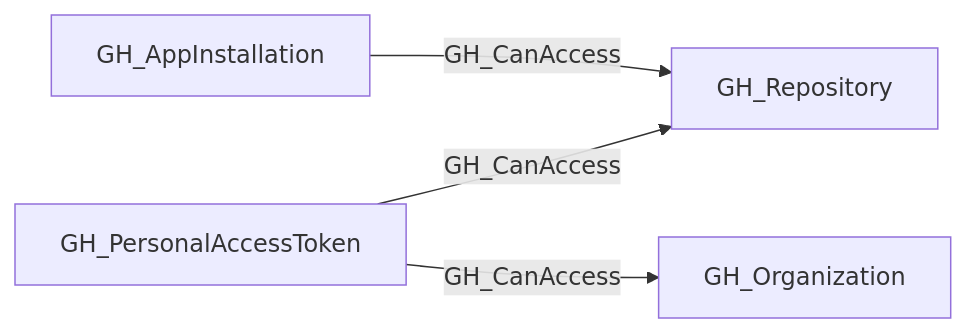
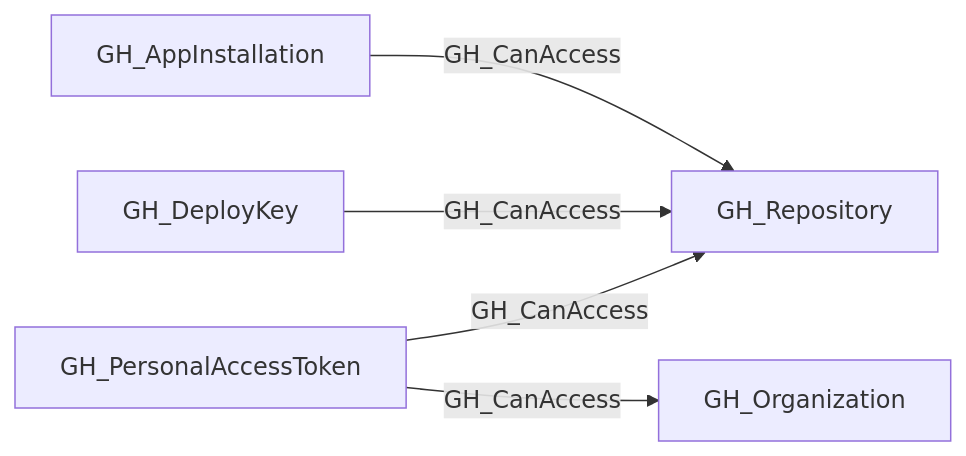
The first of 2 diagrams in docs/opengraph/extensions/github/edges/gh_canaccess.mdx (SpecterOps/bloodhound-docs), drawn with Mermaid before and after one commit. The commit also changed other lines of this file and 33 other files, not shown here.

````diff
--- a/docs/opengraph/extensions/github/edges/gh_canaccess.mdx
+++ b/docs/opengraph/extensions/github/edges/gh_canaccess.mdx
@@ -18,10 +19,12 @@
 ```mermaid
 flowchart LR
     GH_AppInstallation["GH_AppInstallation"]
+    GH_DeployKey["GH_DeployKey"]
     GH_Organization["GH_Organization"]
     GH_PersonalAccessToken["GH_PersonalAccessToken"]
     GH_Repository["GH_Repository"]
     GH_AppInstallation -- GH_CanAccess --> GH_Repository
+    GH_DeployKey -- GH_CanAccess --> GH_Repository
     GH_PersonalAccessToken -- GH_CanAccess --> GH_Organization
     GH_PersonalAccessToken -- GH_CanAccess --> GH_Repository
 ```
````
